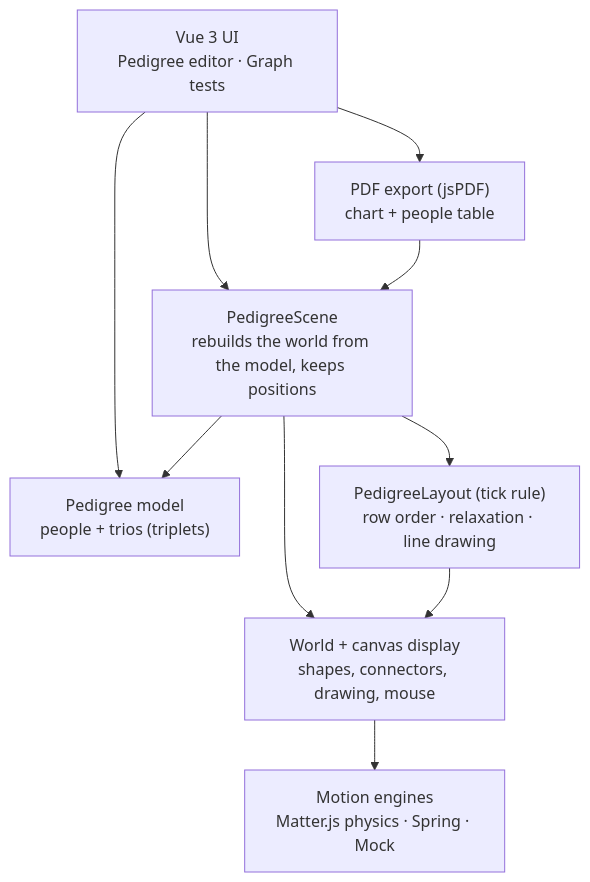
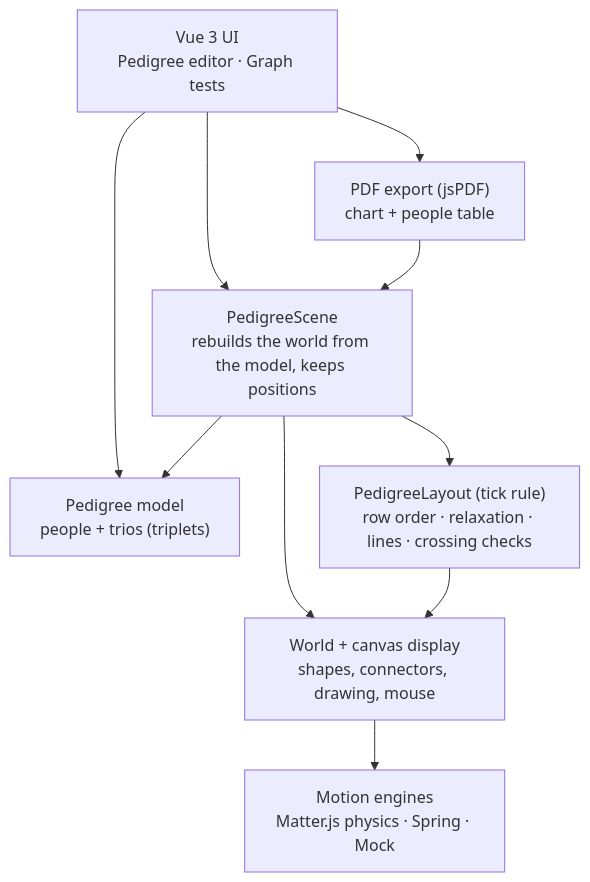
Before and after one commit to markmckellar/connectiongraph: the diagram in README.md, drawn with Mermaid. The commit also changed other lines of this file, not shown here.

Commit message:
README: new editor features and how the layout avoids crossed lines

````diff
--- a/README.md
+++ b/README.md
@@ -100,20 +149,20 @@
 ```mermaid
 flowchart TD
     UI["Vue 3 UI<br/>Pedigree editor · Graph tests"]
     Scene["PedigreeScene<br/>rebuilds the world from the model, keeps positions"]
     Model["Pedigree model<br/>people + trios (triplets)"]
-    Layout["PedigreeLayout (tick rule)<br/>row order · relaxation · line drawing"]
+    Layout["PedigreeLayout (tick rule)<br/>row order · relaxation · lines · crossing checks"]
     PDF["PDF export (jsPDF)<br/>chart + people table"]
     World["World + canvas display<br/>shapes, connectors, drawing, mouse"]
     Engines["Motion engines<br/>Matter.js physics · Spring · Mock"]
 
     UI --> Model
     UI --> Scene
     UI --> PDF
     Scene --> Model
     Scene --> Layout
     Scene --> World
     PDF --> Scene
     Layout --> World
     World --> Engines
 ```
````
